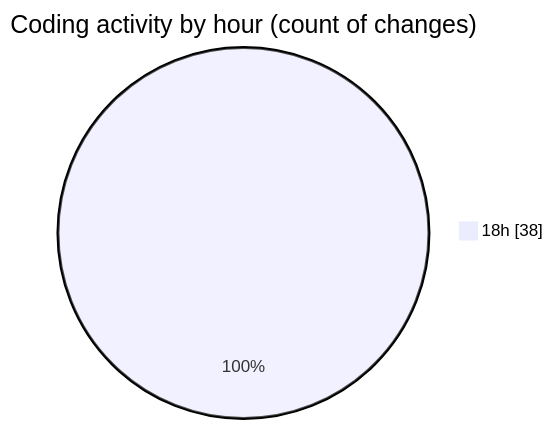
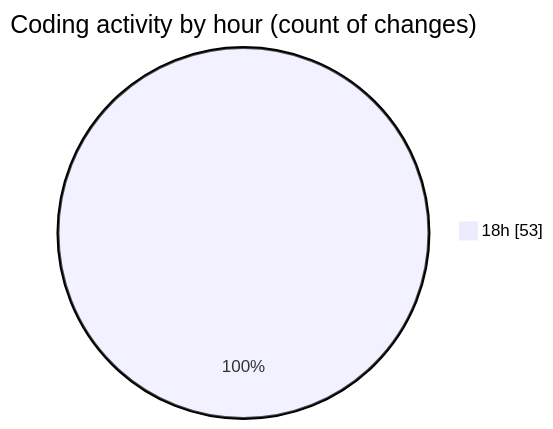
The second of 2 diagrams in 2025-04-02/back-end/README.md (Netris89/code-tracking), drawn with Mermaid before and after one commit. The commit also changed other lines of this file and 1 other file, not shown here.

````diff
--- a/2025-04-02/back-end/README.md
+++ b/2025-04-02/back-end/README.md
@@ -28,5 +28,5 @@
 ```mermaid
 pie showData
 title Coding activity by hour (count of changes)
-"18h" : 38
+"18h" : 53
 ```
````
